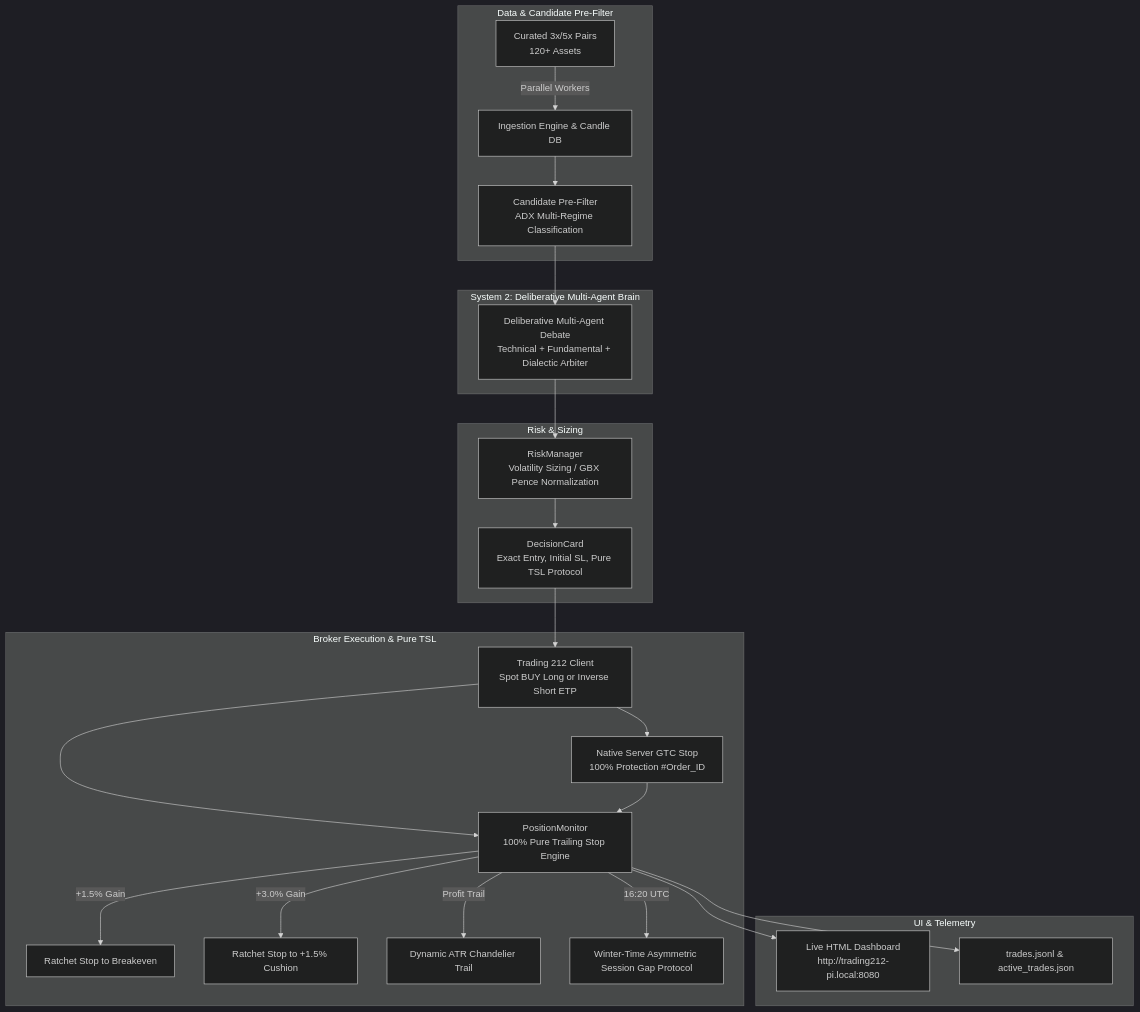
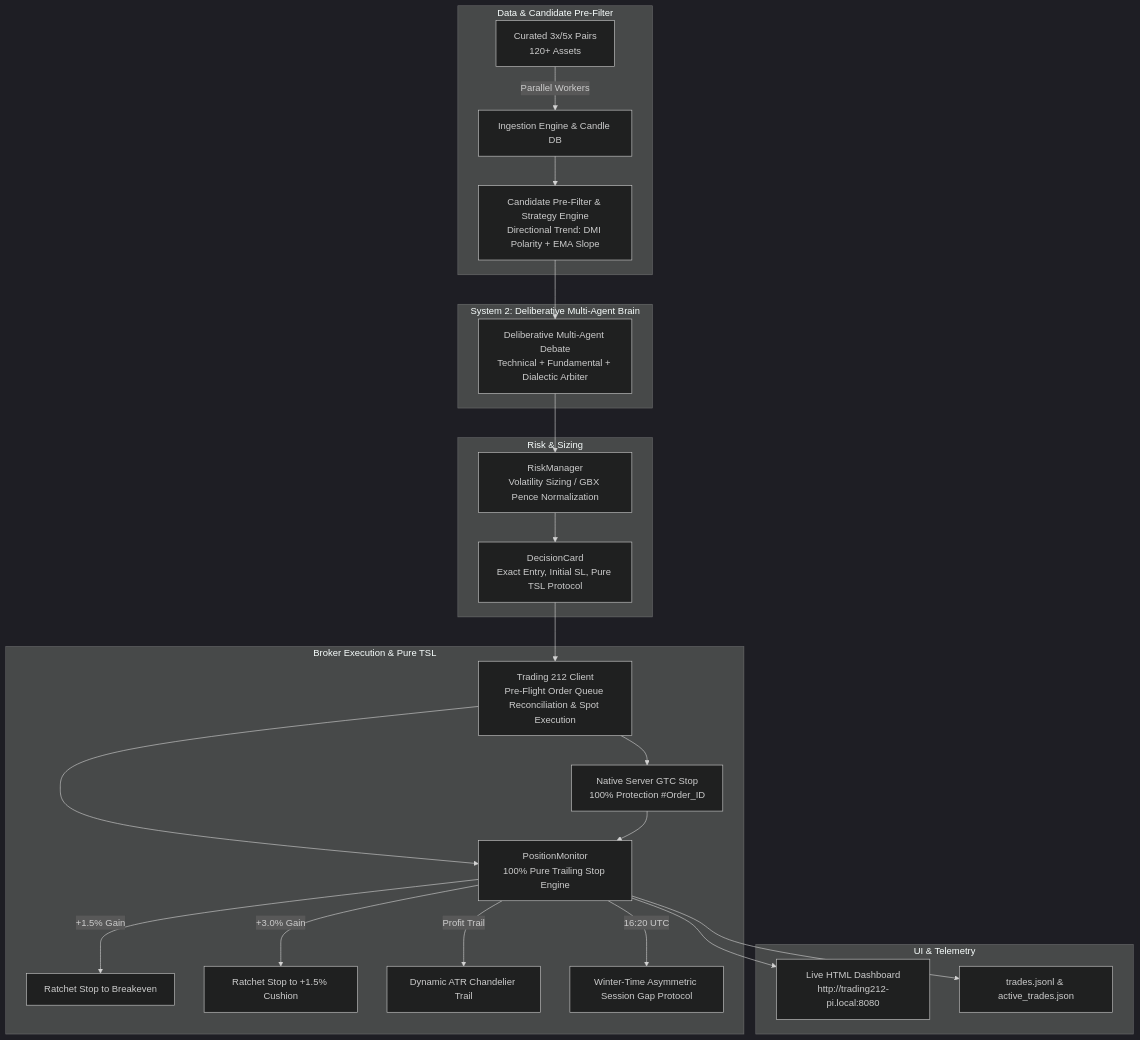
Before and after one commit to shahpratik1/leverage_t212: the diagram in README.md, drawn with Mermaid (dark theme). The commit also changed other lines of this file and 4 other files, not shown here.

First line of the commit message:
docs(architecture): synchronize system architecture for Directional Trend Strategy

````diff
--- a/README.md
+++ b/README.md
@@ -44,32 +47,32 @@
 ```mermaid
 flowchart TD
     subgraph Data & Candidate Pre-Filter
         U[Curated 3x/5x Pairs\n120+ Assets] -->|Parallel Workers| S[Ingestion Engine & Candle DB]
-        S --> L1[Candidate Pre-Filter\nADX Multi-Regime Classification]
+        S --> L1[Candidate Pre-Filter & Strategy Engine\nDirectional Trend: DMI Polarity + EMA Slope]
     end
 
     subgraph System 2: Deliberative Multi-Agent Brain
         L1 --> DEEP[Deliberative Multi-Agent Debate\nTechnical + Fundamental + Dialectic Arbiter]
     end
 
     subgraph Risk & Sizing
         DEEP --> RISK[RiskManager\nVolatility Sizing / GBX Pence Normalization]
         RISK --> CARD[DecisionCard\nExact Entry, Initial SL, Pure TSL Protocol]
     end
 
     subgraph Broker Execution & Pure TSL
-        CARD --> T212[Trading 212 Client\nSpot BUY Long or Inverse Short ETP]
+        CARD --> T212[Trading 212 Client\nPre-Flight Order Queue Reconciliation & Spot Execution]
         T212 --> STOP[Native Server GTC Stop\n100% Protection #Order_ID]
         T212 --> MON[PositionMonitor\n100% Pure Trailing Stop Engine]
         STOP --> MON
         MON -->|+1.5% Gain| BE[Ratchet Stop to Breakeven]
         MON -->|+3.0% Gain| CUSH[Ratchet Stop to +1.5% Cushion]
         MON -->|Profit Trail| ATR[Dynamic ATR Chandelier Trail]
         MON -->|16:20 UTC| ASYM[Winter-Time Asymmetric Session Gap Protocol]
     end
 
     subgraph UI & Telemetry
         MON --> DASH[Live HTML Dashboard\nhttp://trading212-pi.local:8080]
         MON --> LOGS[trades.jsonl & active_trades.json]
     end
 ```
````
